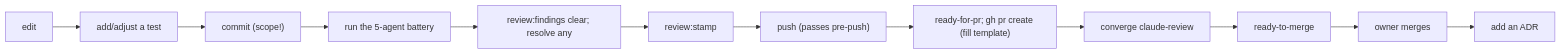
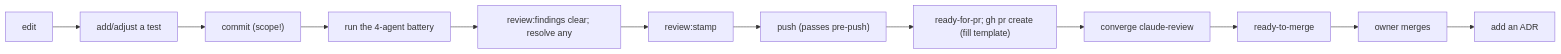
The diagram in docs/handbook/onboarding.md (erikunha/portfolio), drawn with Mermaid before and after one commit. The commit also changed other lines of this file and 79 other files, not shown here.

````diff
--- a/docs/handbook/onboarding.md
+++ b/docs/handbook/onboarding.md
@@ -26,9 +26,9 @@
 ```mermaid
 flowchart LR
     edit["edit"] --> tdd["add/adjust a test"] --> commit["commit (scope!)"]
-    commit --> battery["run the 5-agent battery"] --> ledger["review:findings clear; resolve any"]
+    commit --> battery["run the 4-agent battery"] --> ledger["review:findings clear; resolve any"]
     ledger --> stamp["review:stamp"] --> push["push (passes pre-push)"]
     push --> pr["ready-for-pr; gh pr create (fill template)"]
     pr --> conv["converge claude-review"] --> ready["ready-to-merge"] --> owner["owner merges"]
     owner --> adr["add an ADR"]
 ```
````
